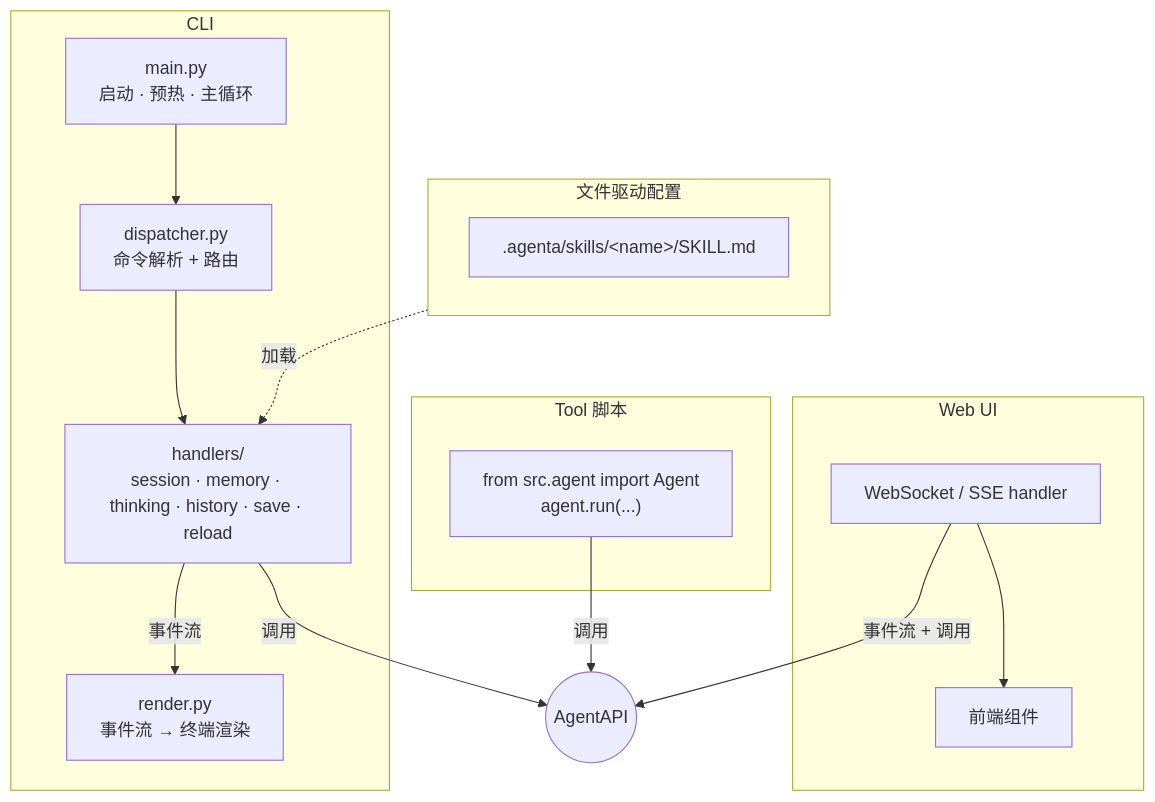
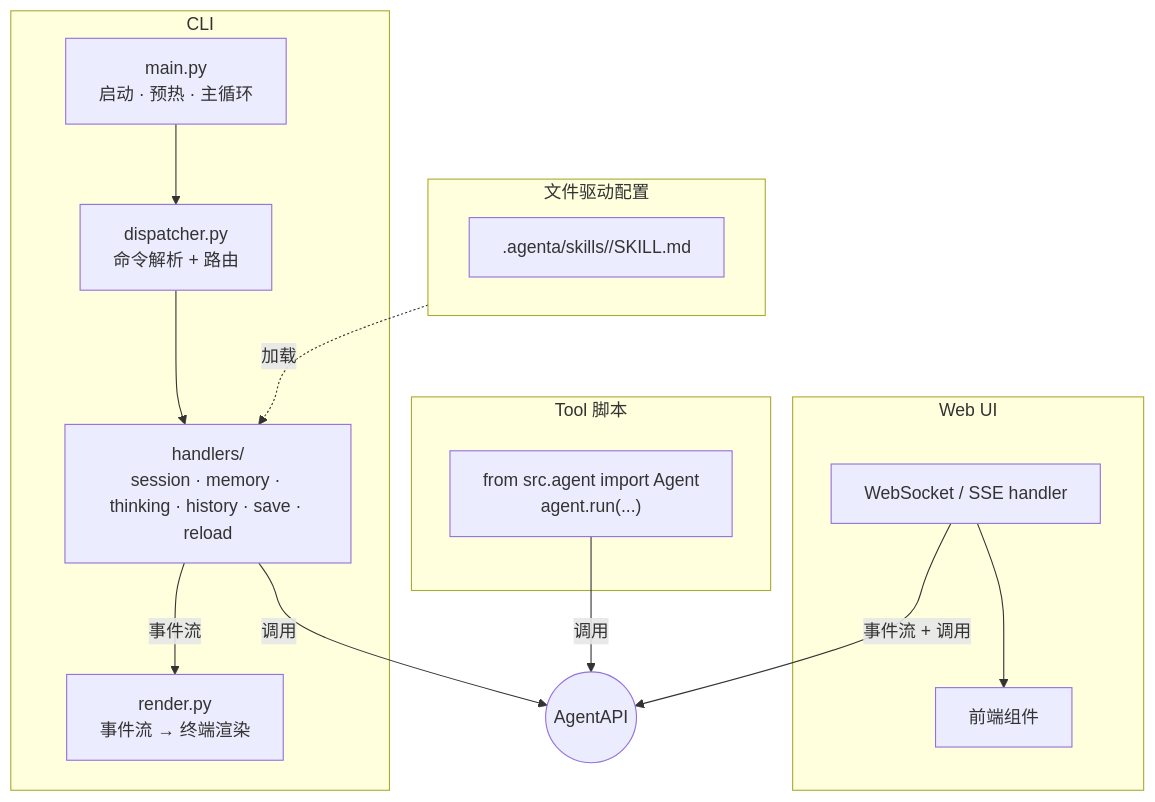
Before and after one commit to michaelwangzhenan/AgentA: diagram 25 of 27 in docs/design.md, drawn with Mermaid. The commit also changed other lines of this file and 6 other files, not shown here.

````diff
--- a/docs/design.md
+++ b/docs/design.md
@@ -1304,33 +1285,33 @@
 ```mermaid
 flowchart TB
     subgraph CLI["CLI"]
         ENTRY["main.py<br/>启动 · 预热 · 主循环"]
         DISPATCH["dispatcher.py<br/>命令解析 + 路由"]
         H["handlers/<br/>session · memory · thinking · history · save · reload"]
         RENDER["render.py<br/>事件流 → 终端渲染"]
         ENTRY --> DISPATCH --> H
         H -->|"事件流"| RENDER
     end
 
     subgraph WEB["Web UI"]
         WS["WebSocket / SSE handler"]
         UI["前端组件"]
         WS --> UI
     end
 
     subgraph SDK["Tool 脚本"]
         SCRIPT["from src.agent import Agent<br/>agent.run(...)"]
     end
 
     AAPI(("AgentAPI"))
 
     subgraph FILES["文件驱动配置"]
         direction LR
-        SK[".agenta/skills/&lt;name&gt;/SKILL.md"]
+        SK[".agenta/skills/<name>/SKILL.md"]
     end
 
     H -->|"调用"| AAPI
     WS -->|"事件流 + 调用"| AAPI
     SCRIPT -->|"调用"| AAPI
     SK -.加载.-> H
 ```
````
